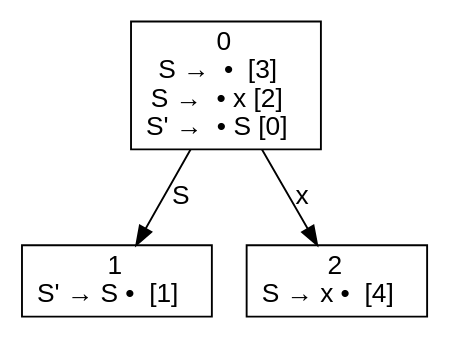
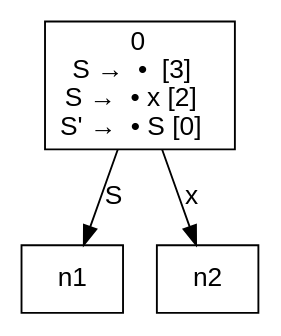
Before and after one commit to dragonsarebest/Compiler: the diagram in PleaseWork/PleaseWork/g3.txt.dfa.dot, drawn with Graphviz. The commit also changed 35 other files, not shown here.

```diff
--- a/PleaseWork/PleaseWork/g3.txt.dfa.dot
+++ b/PleaseWork/PleaseWork/g3.txt.dfa.dot
@@ -1,9 +1,7 @@
 digraph d{
 node [fontname=Helvetica,shape=box];
 edge [fontname=Helvetica];
 n0 [label=<0<br />S →  •  [3]<br />S →  • x [2]<br />S' →  • S [0]>];
-n1 [label=<1<br />S' → S •  [1]>];
-n2 [label=<2<br />S → x •  [4]>];
 n0 -> n1 [label="S"];
 n0 -> n2 [label="x"];
 }
```
